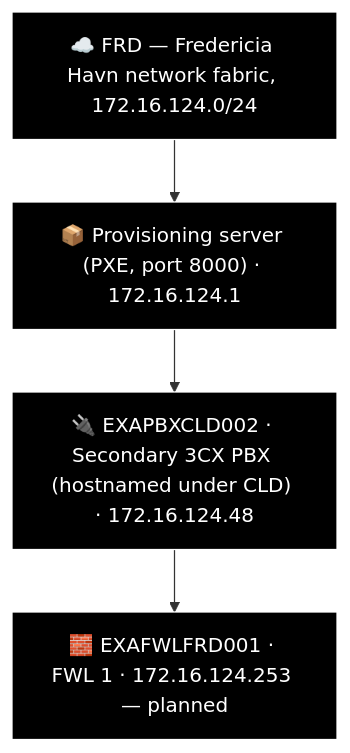
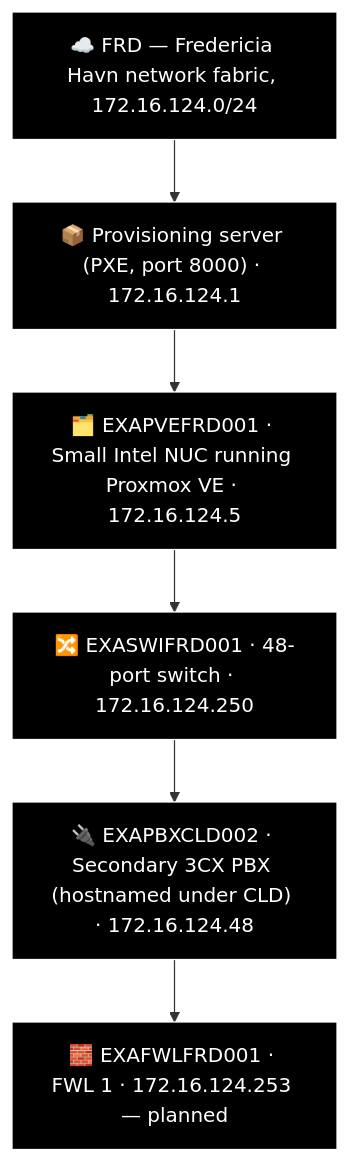
One commit to knightmare2600/example_music_infra changed diagram 16 of 18 in docs/network-diagram/danmark.md. Above: the diagram before and after it, drawn with Mermaid. The commit also changed other lines of this file and 35 other files, not shown here.

````diff
--- a/docs/network-diagram/danmark.md
+++ b/docs/network-diagram/danmark.md
@@ -439,15 +612,19 @@
 ```mermaid
 %% GENERATED:TOPOLOGY:FRD:START
 %%{init: {'flowchart': {'curve': 'stepAfter'}}}%%
 graph TD
     T_FRD["☁️ FRD — Fredericia Havn network fabric, 172.16.124.0/24"]
     T_TMP["📦 Provisioning server (PXE, port 8000) · 172.16.124.1"]
+    T_PVE["🗂️ EXAPVEFRD001 · Small Intel NUC running Proxmox VE · 172.16.124.5"]
+    T_SWI["🔀 EXASWIFRD001 · 48-port switch · 172.16.124.250"]
     T_PBX["🔌 EXAPBXCLD002 · Secondary 3CX PBX (hostnamed under CLD) · 172.16.124.48"]
     T_FWL["🧱 EXAFWLFRD001 · FWL 1 · 172.16.124.253 — planned"]
-    T_FRD --> T_TMP --> T_PBX --> T_FWL
+    T_FRD --> T_TMP --> T_PVE --> T_SWI --> T_PBX --> T_FWL
     style T_FRD fill:#000000,stroke:#FFFFFF,color:#FFFFFF
     style T_TMP fill:#000000,stroke:#FFFFFF,color:#FFFFFF
+    style T_PVE fill:#000000,stroke:#FFFFFF,color:#FFFFFF
+    style T_SWI fill:#000000,stroke:#FFFFFF,color:#FFFFFF
     style T_PBX fill:#000000,stroke:#FFFFFF,color:#FFFFFF
     style T_FWL fill:#000000,stroke:#FFFFFF,color:#FFFFFF
 %% GENERATED:TOPOLOGY:FRD:END
 ```
````
